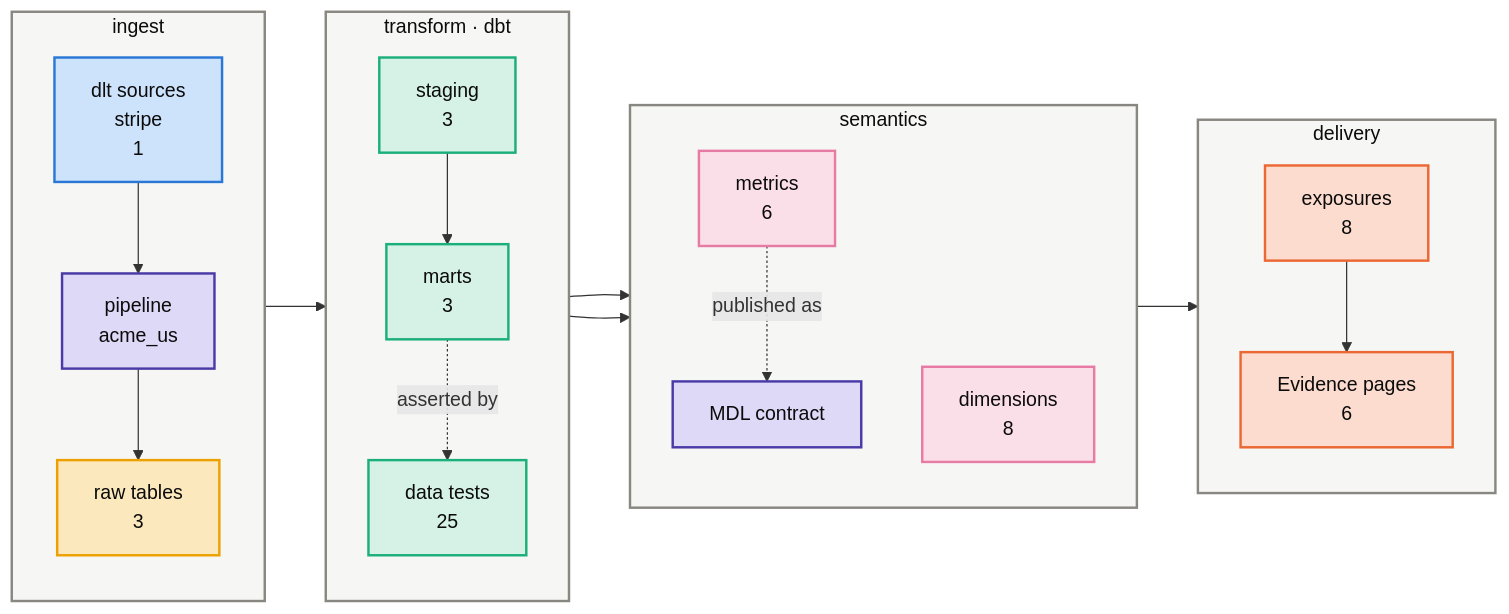
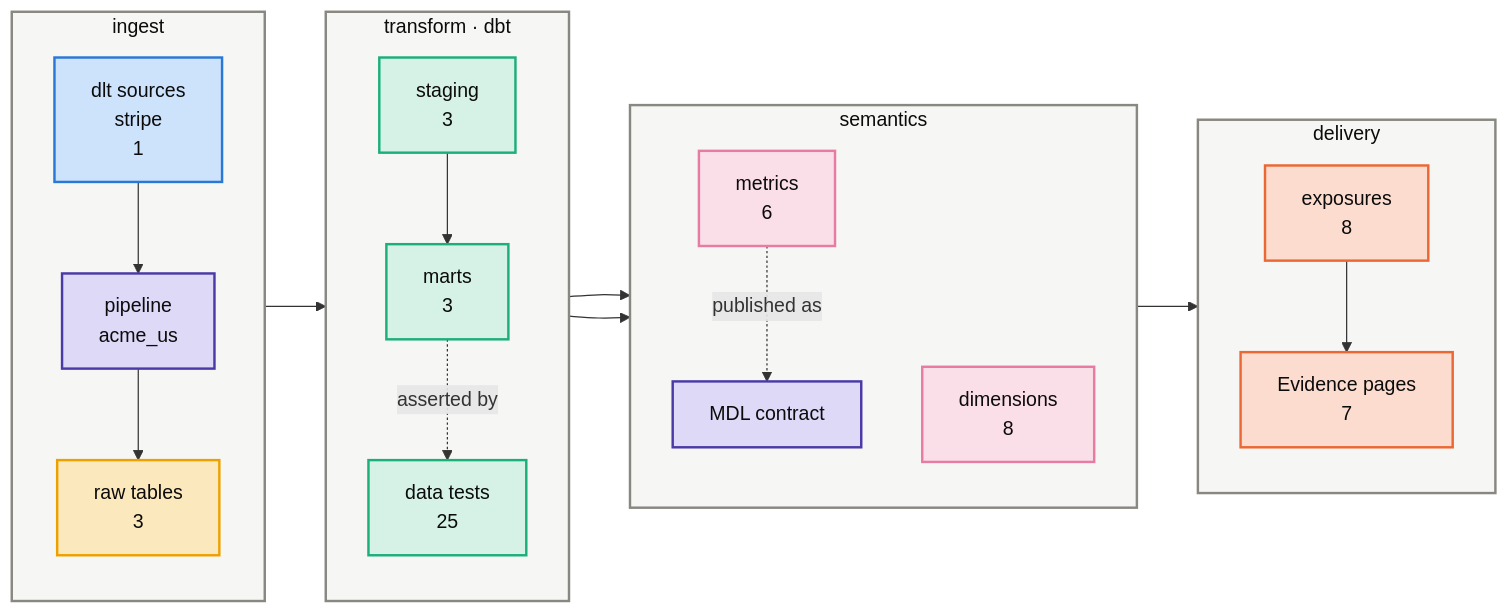
Before and after one commit to Atomz-org/data-platform: the first of 3 diagrams in groups/acme/projects/acme-us/kg/architecture.md, drawn with Mermaid. The commit also changed other lines of this file and 9 other files, not shown here.

````diff
--- a/groups/acme/projects/acme-us/kg/architecture.md
+++ b/groups/acme/projects/acme-us/kg/architecture.md
@@ -10,41 +10,41 @@
 ```mermaid
 flowchart LR
     subgraph LI["ingest"]
         direction TB
         I1["dlt sources<br/>stripe<br/>1"]:::ingress
         I2["pipeline<br/>acme_us"]:::platform
         I3["raw tables<br/>3"]:::raw
     end
     subgraph LT["transform · dbt"]
         direction TB
         T1["staging<br/>3"]:::model
         T2["marts<br/>3"]:::model
         T3["data tests<br/>25"]:::model
     end
     subgraph LS["semantics"]
         direction TB
         S1["metrics<br/>6"]:::metric
         S2["dimensions<br/>8"]:::metric
         S3["MDL contract"]:::platform
     end
     subgraph LD["delivery"]
         direction TB
         D1["exposures<br/>8"]:::exposure
-        D2["Evidence pages<br/>6"]:::exposure
+        D2["Evidence pages<br/>7"]:::exposure
     end
     I1 --> I2 --> I3 --> T1 --> T2
     T2 --> S1 --> D1 --> D2
     T2 --> S2
     S1 -.published as.-> S3
     T2 -.asserted by.-> T3
     classDef ingress fill:#cde2fb,stroke:#2a78d6,stroke-width:2px,color:#0b0b0b
     classDef platform fill:#ded9f7,stroke:#4a3aa7,stroke-width:2px,color:#0b0b0b
     classDef raw fill:#fbe8bd,stroke:#eda100,stroke-width:2px,color:#0b0b0b
     classDef model fill:#d6f2e6,stroke:#1baf7a,stroke-width:2px,color:#0b0b0b
     classDef metric fill:#fadfe8,stroke:#e87ba4,stroke-width:2px,color:#0b0b0b
     classDef exposure fill:#fbdccf,stroke:#eb6834,stroke-width:2px,color:#0b0b0b
     classDef neutral fill:#e8e7e2,stroke:#898781,stroke-width:2px,color:#0b0b0b
     classDef project fill:#e3eefc,stroke:#2a78d6,stroke-width:2px,color:#0b0b0b
     classDef lane fill:#f6f6f4,stroke:#898781,stroke-width:2px,color:#0b0b0b
     class LI,LT,LS,LD lane
 ```
````
